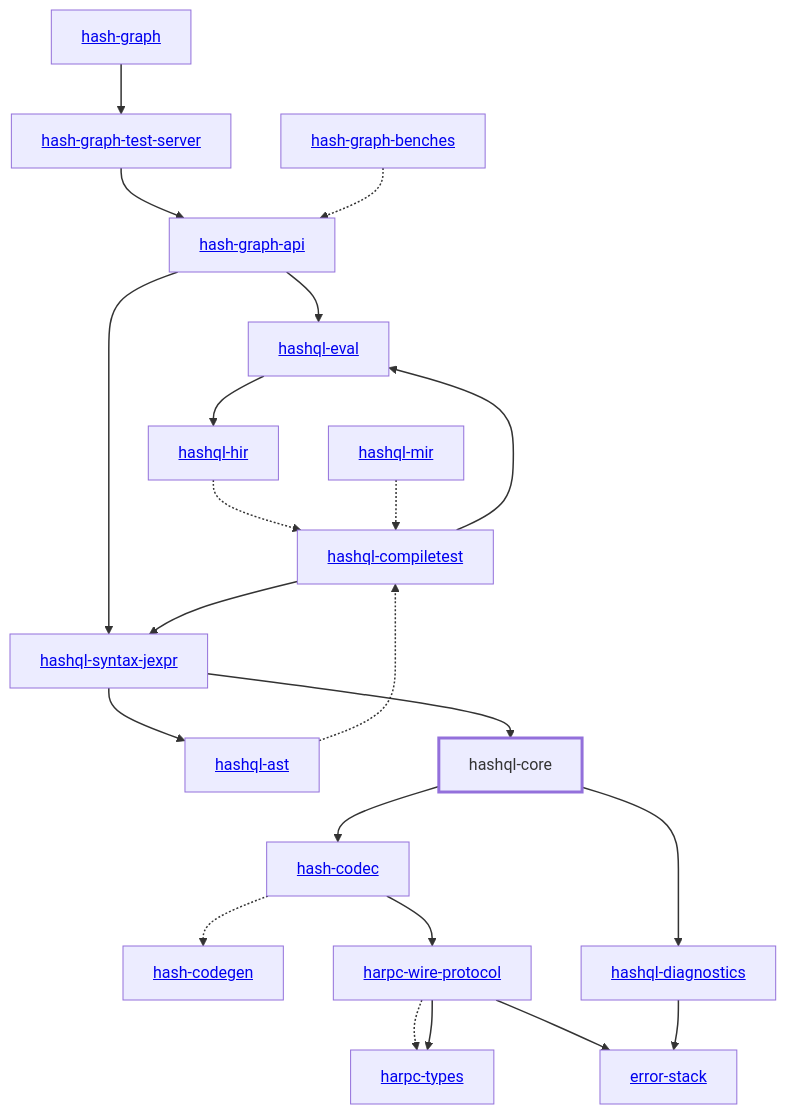
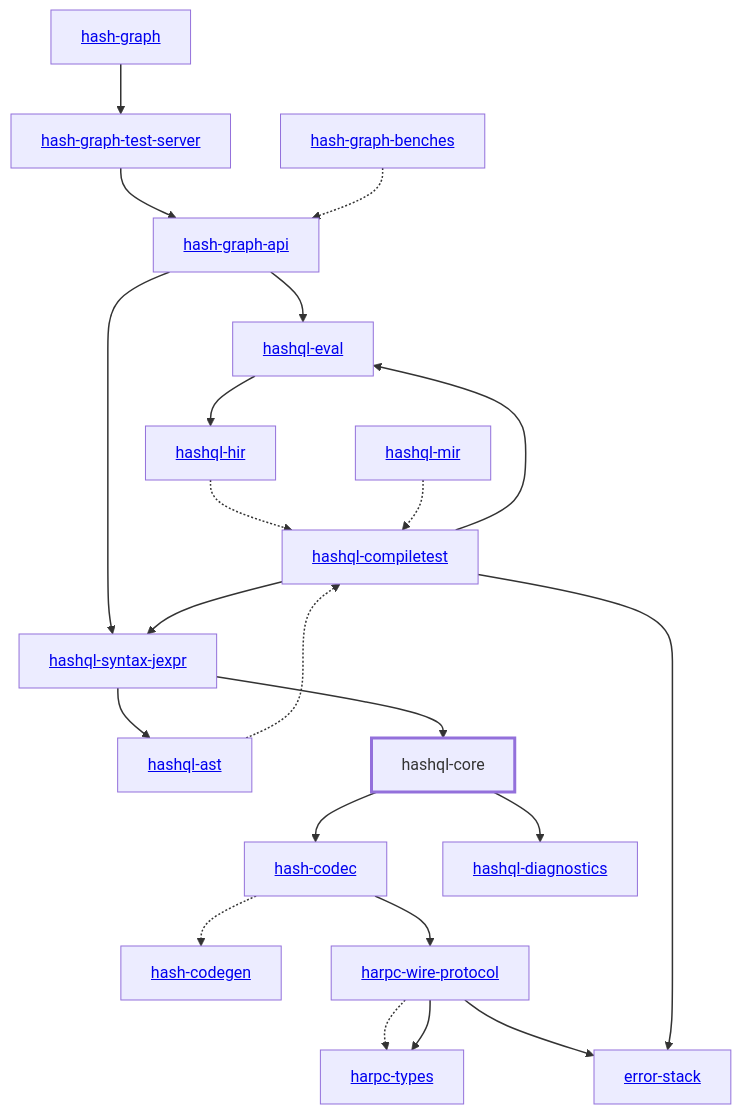
The diagram in libs/@local/hashql/core/docs/dependency-diagram.mmd (hashintel/hash), drawn with Mermaid before and after one commit. The commit also changed 280 other files, not shown here.

```diff
--- a/libs/@local/hashql/core/docs/dependency-diagram.mmd
+++ b/libs/@local/hashql/core/docs/dependency-diagram.mmd
@@ -1,49 +1,49 @@
 graph TD
     linkStyle default stroke-width:1.5px
     classDef default stroke-width:1px
     classDef root stroke-width:3px
     classDef dev stroke-width:1px
     classDef build stroke-width:1px
     %% Legend
     %% --> : Normal dependency
     %% -.-> : Dev dependency
     %% ---> : Build dependency
     0[<a href="../hash_graph/index.html">hash-graph</a>]
     1[<a href="../hash_codec/index.html">hash-codec</a>]
     2[<a href="../hash_codegen/index.html">hash-codegen</a>]
     3[<a href="../hash_graph_api/index.html">hash-graph-api</a>]
     4[<a href="../hash_graph_test_server/index.html">hash-graph-test-server</a>]
     5[<a href="../harpc_types/index.html">harpc-types</a>]
     6[<a href="../harpc_wire_protocol/index.html">harpc-wire-protocol</a>]
     7[<a href="../hashql_ast/index.html">hashql-ast</a>]
     8[<a href="../hashql_compiletest/index.html">hashql-compiletest</a>]
     9[hashql-core]
     class 9 root
     10[<a href="../hashql_diagnostics/index.html">hashql-diagnostics</a>]
     11[<a href="../hashql_eval/index.html">hashql-eval</a>]
     12[<a href="../hashql_hir/index.html">hashql-hir</a>]
     13[<a href="../hashql_mir/index.html">hashql-mir</a>]
     14[<a href="../hashql_syntax_jexpr/index.html">hashql-syntax-jexpr</a>]
     15[<a href="../error_stack/index.html">error-stack</a>]
     16[<a href="../hash_graph_benches/index.html">hash-graph-benches</a>]
     0 --> 4
     1 -.-> 2
     1 --> 6
     3 --> 11
     3 --> 14
     4 --> 3
     6 -.-> 5
     6 --> 5
     6 --> 15
     7 -.-> 8
     8 --> 11
     8 --> 14
+    8 --> 15
     9 --> 1
     9 --> 10
-    10 --> 15
     11 --> 12
     12 -.-> 8
     13 -.-> 8
     14 --> 7
     14 --> 9
     16 -.-> 3
```
